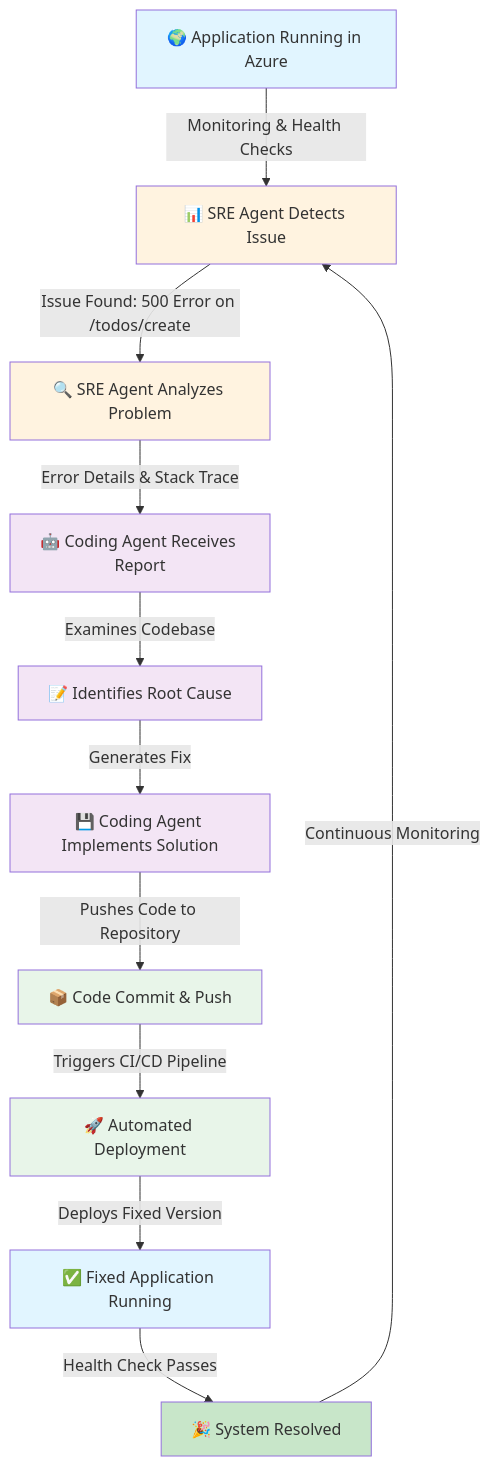
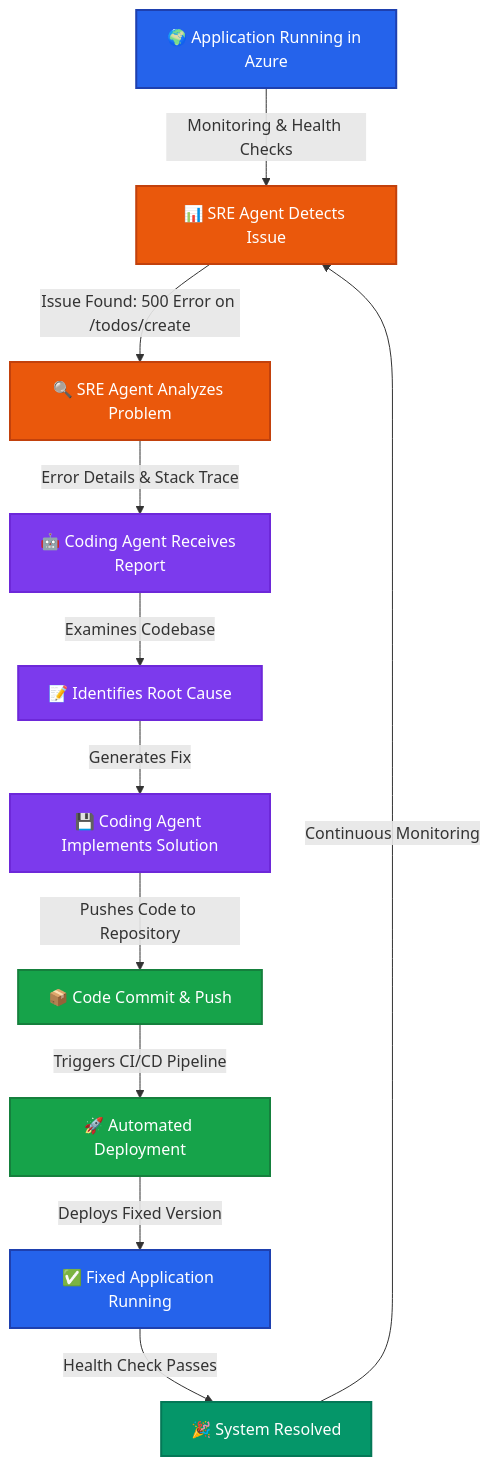
The diagram in README.md (JoranBergfeld/agentic-devops), drawn with Mermaid before and after one commit.

Commit message:
tweak readme to be darkmode friendly

````diff
--- a/README.md
+++ b/README.md
@@ -20,24 +20,24 @@
 ```mermaid
 graph TD
     A["🌍 Application Running in Azure"] -->|"Monitoring & Health Checks"| B["📊 SRE Agent Detects Issue"]
     B -->|"Issue Found: 500 Error on /todos/create"| C["🔍 SRE Agent Analyzes Problem"]
     C -->|"Error Details & Stack Trace"| D["🤖 Coding Agent Receives Report"]
     D -->|"Examines Codebase"| E["📝 Identifies Root Cause"]
     E -->|"Generates Fix"| F["💾 Coding Agent Implements Solution"]
     F -->|"Pushes Code to Repository"| G["📦 Code Commit & Push"]
     G -->|"Triggers CI/CD Pipeline"| H["🚀 Automated Deployment"]
     H -->|"Deploys Fixed Version"| I["✅ Fixed Application Running"]
     I -->|"Health Check Passes"| J["🎉 System Resolved"]
     J -->|"Continuous Monitoring"| B
     
-    style A fill:#e1f5ff
-    style B fill:#fff3e0
-    style C fill:#fff3e0
-    style D fill:#f3e5f5
-    style E fill:#f3e5f5
-    style F fill:#f3e5f5
-    style G fill:#e8f5e9
-    style H fill:#e8f5e9
-    style I fill:#e1f5ff
-    style J fill:#c8e6c9
+    style A fill:#2563eb,stroke:#1e40af,stroke-width:2px,color:#ffffff
+    style B fill:#ea580c,stroke:#c2410c,stroke-width:2px,color:#ffffff
+    style C fill:#ea580c,stroke:#c2410c,stroke-width:2px,color:#ffffff
+    style D fill:#7c3aed,stroke:#6d28d9,stroke-width:2px,color:#ffffff
+    style E fill:#7c3aed,stroke:#6d28d9,stroke-width:2px,color:#ffffff
+    style F fill:#7c3aed,stroke:#6d28d9,stroke-width:2px,color:#ffffff
+    style G fill:#16a34a,stroke:#15803d,stroke-width:2px,color:#ffffff
+    style H fill:#16a34a,stroke:#15803d,stroke-width:2px,color:#ffffff
+    style I fill:#2563eb,stroke:#1e40af,stroke-width:2px,color:#ffffff
+    style J fill:#059669,stroke:#047857,stroke-width:2px,color:#ffffff
 ```
````
